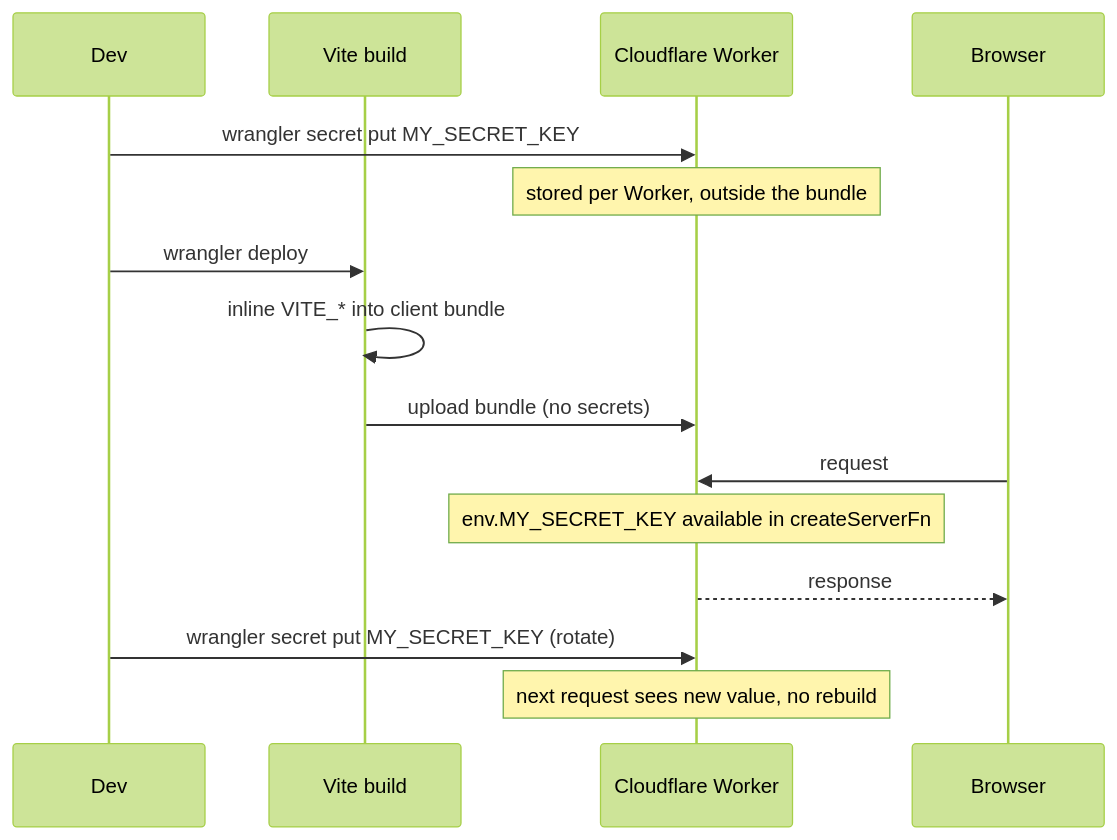
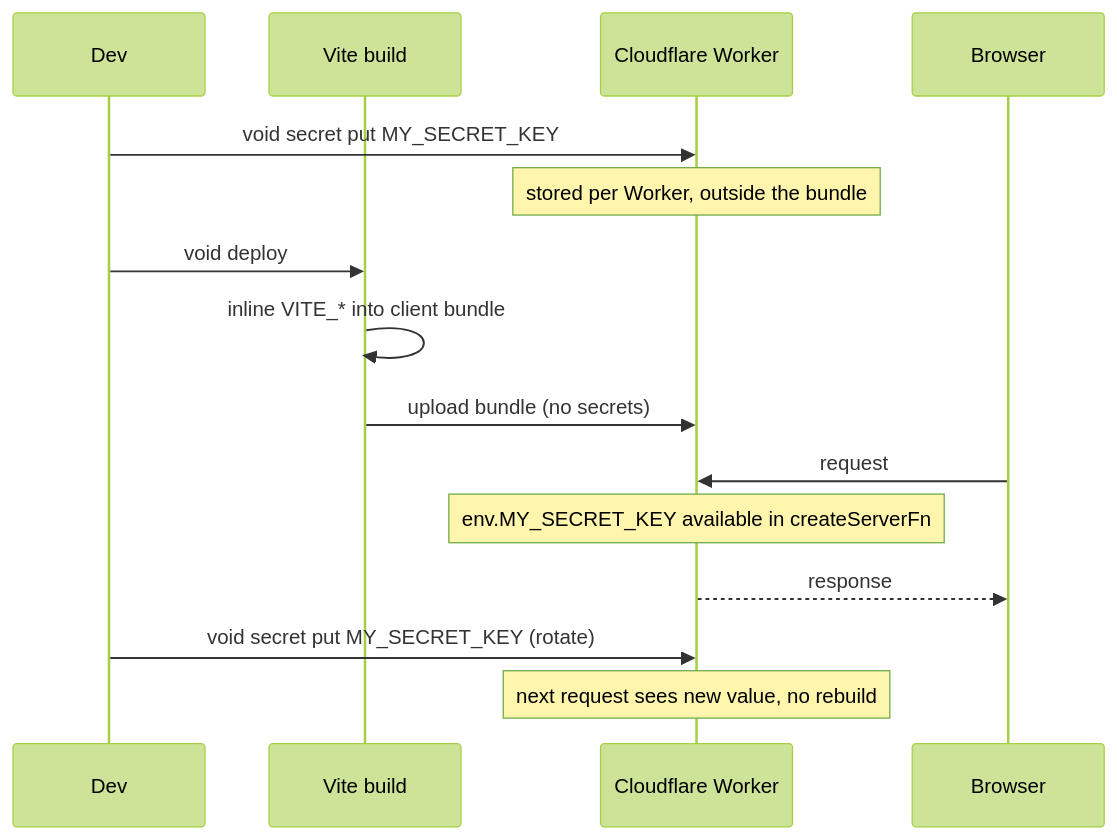
One commit to youming-ai/bun-ts-stack-skills changed the third of 4 diagrams in tanstack/SKILL.md. Above: the diagram before and after it, drawn with Mermaid (forest theme). The commit also changed other lines of this file and 1 other file, not shown here.

First line of the commit message:
docs(skills): deploy with Void instead of wrangler

````diff
--- a/tanstack/SKILL.md
+++ b/tanstack/SKILL.md
@@ -619,17 +572,17 @@
 ```mermaid
 sequenceDiagram
   participant Dev
   participant Build as Vite build
   participant W as Cloudflare Worker
   participant B as Browser
-  Dev->>W: wrangler secret put MY_SECRET_KEY
+  Dev->>W: void secret put MY_SECRET_KEY
   Note over W: stored per Worker, outside the bundle
-  Dev->>Build: wrangler deploy
+  Dev->>Build: void deploy
   Build->>Build: inline VITE_* into client bundle
   Build->>W: upload bundle (no secrets)
   B->>W: request
   Note over W: env.MY_SECRET_KEY available in createServerFn
   W-->>B: response
-  Dev->>W: wrangler secret put MY_SECRET_KEY (rotate)
+  Dev->>W: void secret put MY_SECRET_KEY (rotate)
   Note over W: next request sees new value, no rebuild
 ```
````
